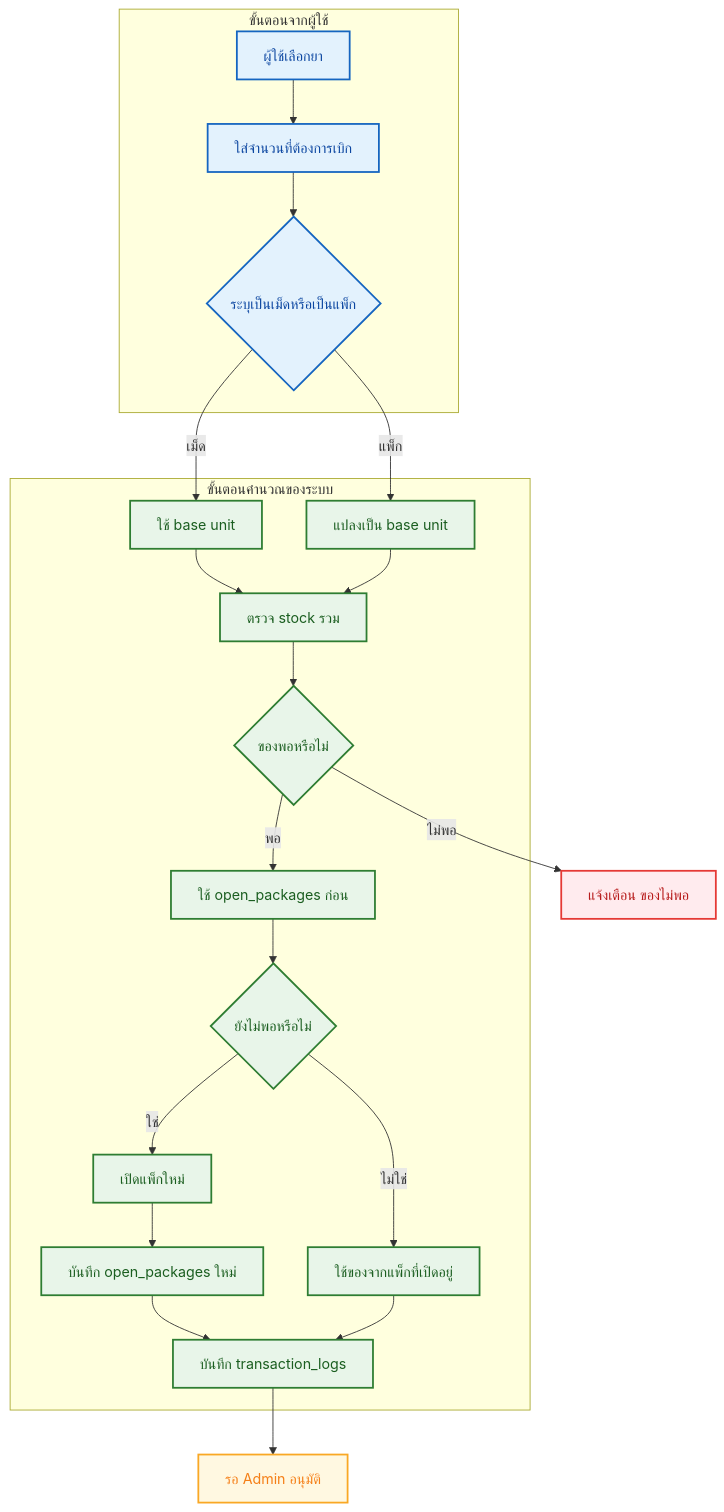
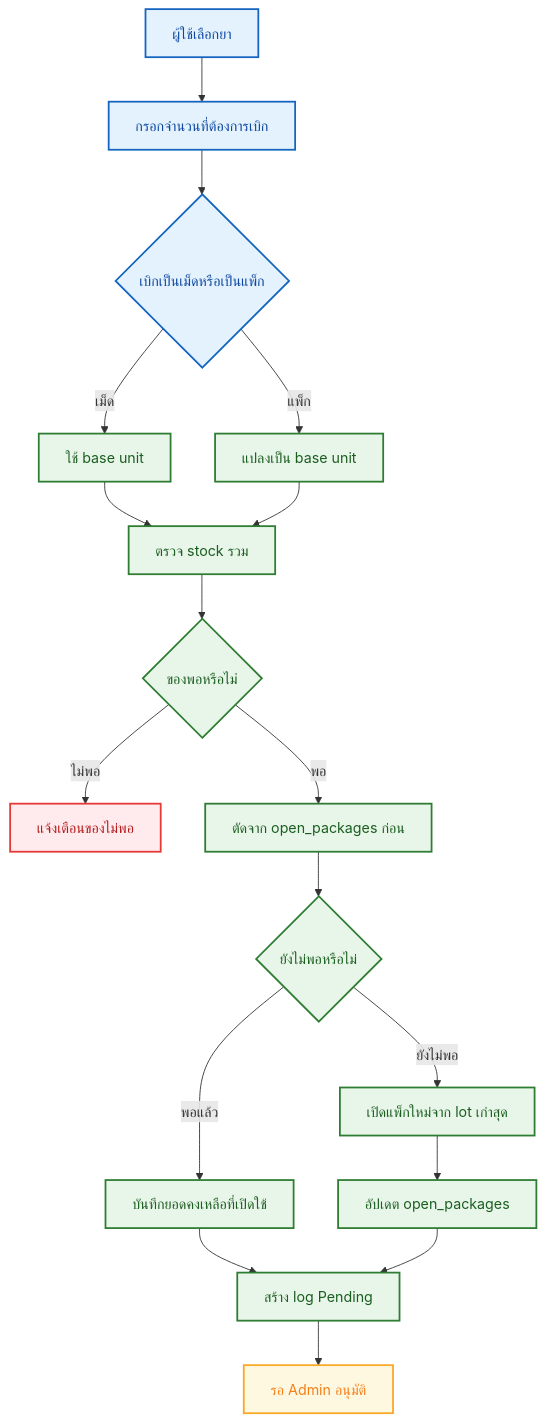
One commit to SATTARNEDS/Stock_PCM changed the third of 5 diagrams in my_factory_app/FLOW_DIAGRAM.md. Above: the diagram before and after it, drawn with Mermaid. The commit also changed other lines of this file and 4 other files, not shown here.

````diff
--- a/my_factory_app/FLOW_DIAGRAM.md
+++ b/my_factory_app/FLOW_DIAGRAM.md
@@ -132,43 +135,29 @@
 ```mermaid
 flowchart TD
-    subgraph INPUT[ขั้นตอนจากผู้ใช้]
-        A[ผู้ใช้เลือกยา]
-        B[ใส่จำนวนที่ต้องการเบิก]
-        C{ระบุเป็นเม็ดหรือเป็นแพ็ก}
-        A --> B --> C
-    end
-
-    subgraph CALC[ขั้นตอนคำนวณของระบบ]
-        D[ใช้ base unit]
-        E[แปลงเป็น base unit]
-        F[ตรวจ stock รวม]
-        G{ของพอหรือไม่}
-        I[ใช้ open_packages ก่อน]
-        J{ยังไม่พอหรือไม่}
-        K[เปิดแพ็กใหม่]
-        L[ใช้ของจากแพ็กที่เปิดอยู่]
-        M[บันทึก open_packages ใหม่]
-        N[บันทึก transaction_logs]
-    end
-
-    O[รอ Admin อนุมัติ]
-    H[แจ้งเตือน ของไม่พอ]
-
-    C -- เม็ด --> D --> F
-    C -- แพ็ก --> E --> F
-    F --> G
-    G -- ไม่พอ --> H
-    G -- พอ --> I --> J
-    J -- ใช่ --> K --> M --> N --> O
-    J -- ไม่ใช่ --> L --> N
+    A[ผู้ใช้เลือกยา] --> B[กรอกจำนวนที่ต้องการเบิก]
+    B --> C{เบิกเป็นเม็ดหรือเป็นแพ็ก}
+    C -->|เม็ด| D[ใช้ base unit]
+    C -->|แพ็ก| E[แปลงเป็น base unit]
+    D --> F[ตรวจ stock รวม]
+    E --> F
+    F --> G{ของพอหรือไม่}
+    G -->|ไม่พอ| H[แจ้งเตือนของไม่พอ]
+    G -->|พอ| I[ตัดจาก open_packages ก่อน]
+    I --> J{ยังไม่พอหรือไม่}
+    J -->|พอแล้ว| K[บันทึกยอดคงเหลือที่เปิดใช้]
+    J -->|ยังไม่พอ| L[เปิดแพ็กใหม่จาก lot เก่าสุด]
+    L --> M[อัปเดต open_packages]
+    K --> N[สร้าง log Pending]
+    M --> N
+    N --> O[รอ Admin อนุมัติ]
 
     classDef input fill:#E3F2FD,stroke:#1565C0,color:#0D47A1,stroke-width:2px;
     classDef process fill:#E8F5E9,stroke:#2E7D32,color:#1B5E20,stroke-width:2px;
     classDef warn fill:#FFEBEE,stroke:#E53935,color:#B71C1C,stroke-width:2px;
     classDef wait fill:#FFF8E1,stroke:#F9A825,color:#F57F17,stroke-width:2px;
 
     class A,B,C input;
     class D,E,F,G,I,J,K,L,M,N process;
     class H warn;
     class O wait;
 ```
````
